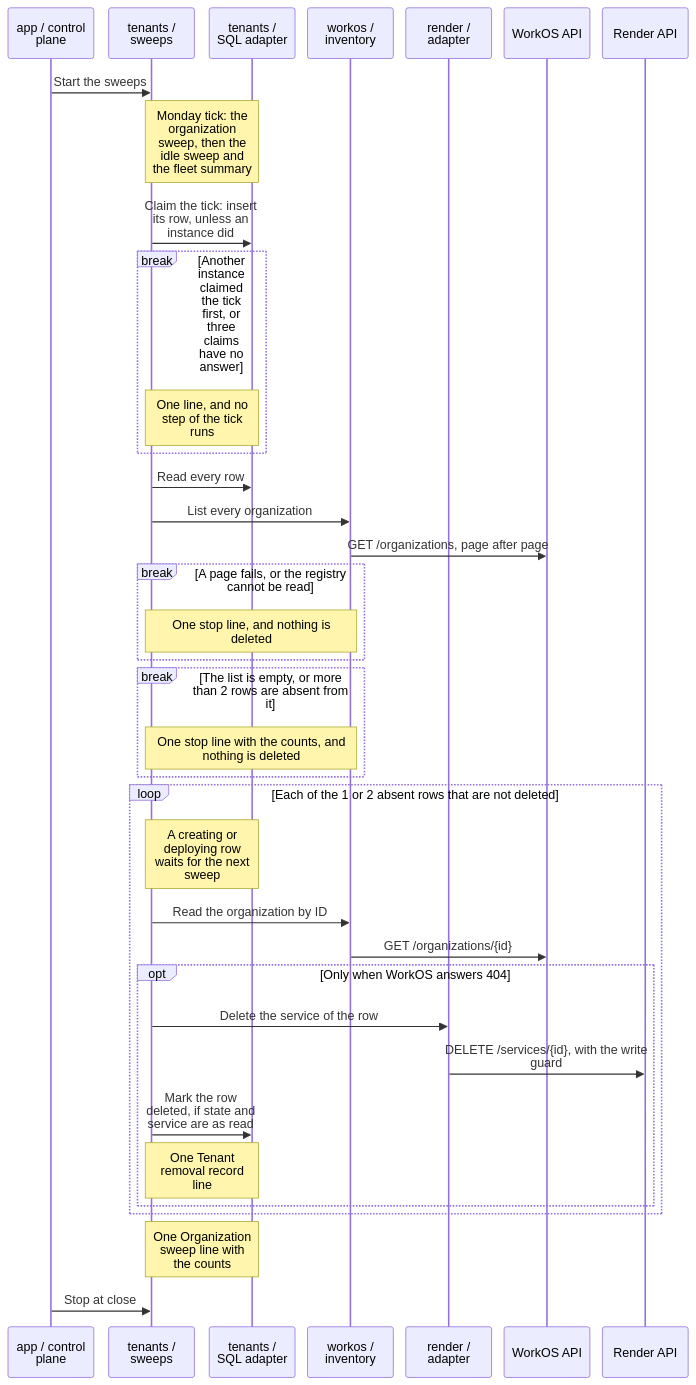
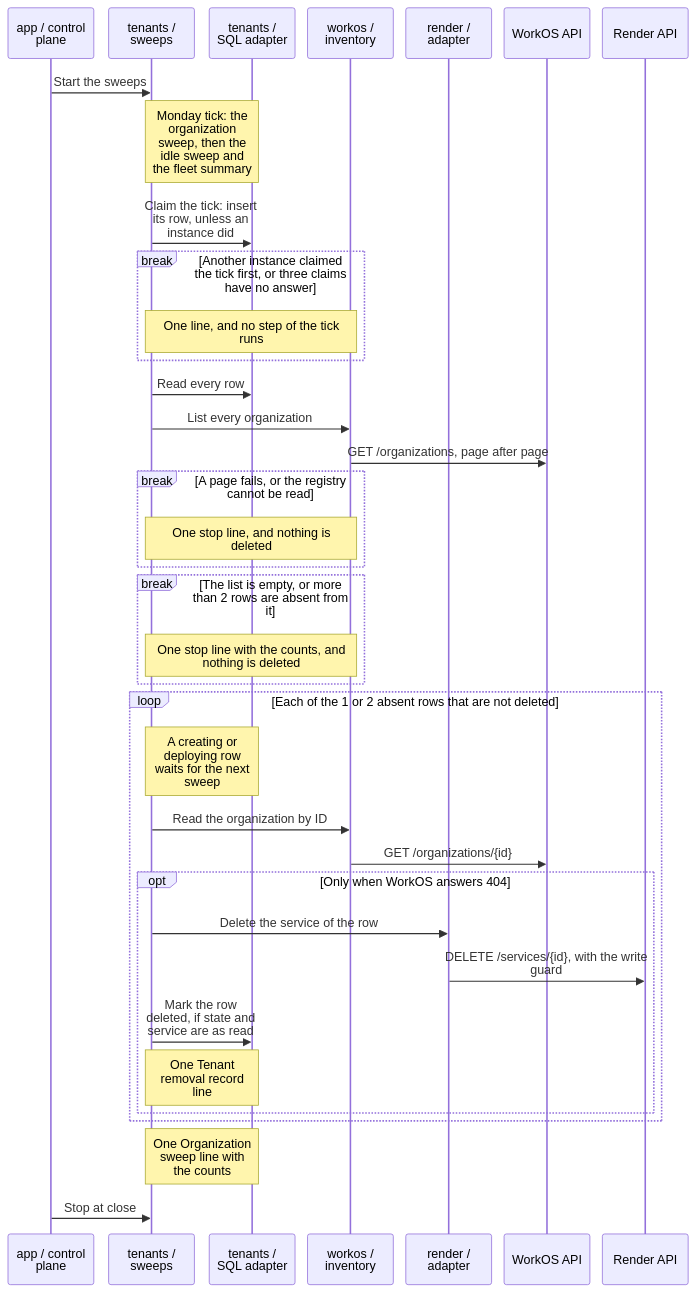
Before and after one commit to tomer-mayara/Thermus: diagram 20 of 24 in architecture/components.md, drawn with Mermaid. The commit also changed other lines of this file, not shown here.

````diff
--- a/architecture/components.md
+++ b/architecture/components.md
@@ -1802,39 +1802,39 @@
 ```mermaid
 %%{init: {"sequence": {"wrap": true, "actorMargin": 16, "width": 110}}}%%
 sequenceDiagram
   participant App as app / control plane
   participant Sweep as tenants / sweeps
   participant Store as tenants / SQL adapter
   participant Inv as workos / inventory
   participant Render as render / adapter
   participant WorkOS as WorkOS API
   participant API as Render API
   App->>Sweep: Start the sweeps
   Note over Sweep,Store: Monday tick: the organization sweep, then the idle sweep and the fleet summary
   Sweep->>Store: Claim the tick: insert its row, unless an instance did
   break Another instance claimed the tick first, or three claims have no answer
-    Note over Sweep,Store: One line, and no step of the tick runs
+    Note over Sweep,Inv: One line, and no step of the tick runs
   end
   Sweep->>Store: Read every row
   Sweep->>Inv: List every organization
   Inv->>WorkOS: GET /organizations, page after page
   break A page fails, or the registry cannot be read
     Note over Sweep,Inv: One stop line, and nothing is deleted
   end
   break The list is empty, or more than 2 rows are absent from it
     Note over Sweep,Inv: One stop line with the counts, and nothing is deleted
   end
   loop Each of the 1 or 2 absent rows that are not deleted
     Note over Sweep,Store: A creating or deploying row waits for the next sweep
     Sweep->>Inv: Read the organization by ID
     Inv->>WorkOS: GET /organizations/{id}
     opt Only when WorkOS answers 404
       Sweep->>Render: Delete the service of the row
       Render->>API: DELETE /services/{id}, with the write guard
       Sweep->>Store: Mark the row deleted, if state and service are as read
       Note over Sweep,Store: One Tenant removal record line
     end
   end
   Note over Sweep,Store: One Organization sweep line with the counts
   App->>Sweep: Stop at close
 ```
````
